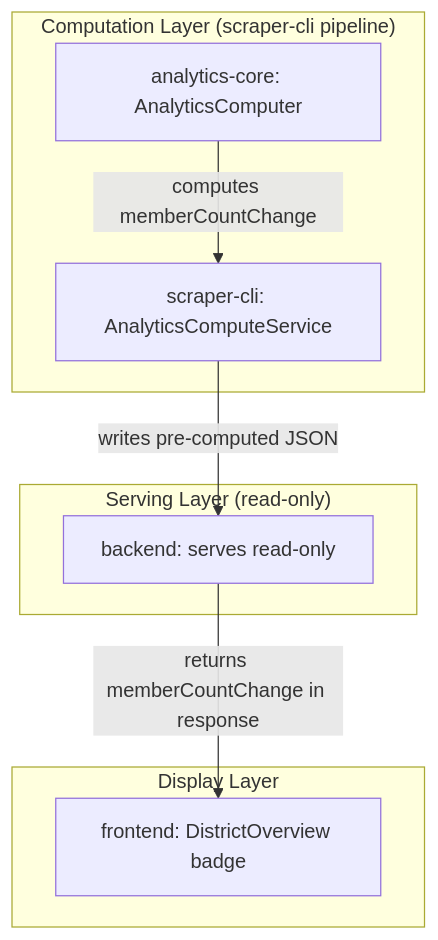
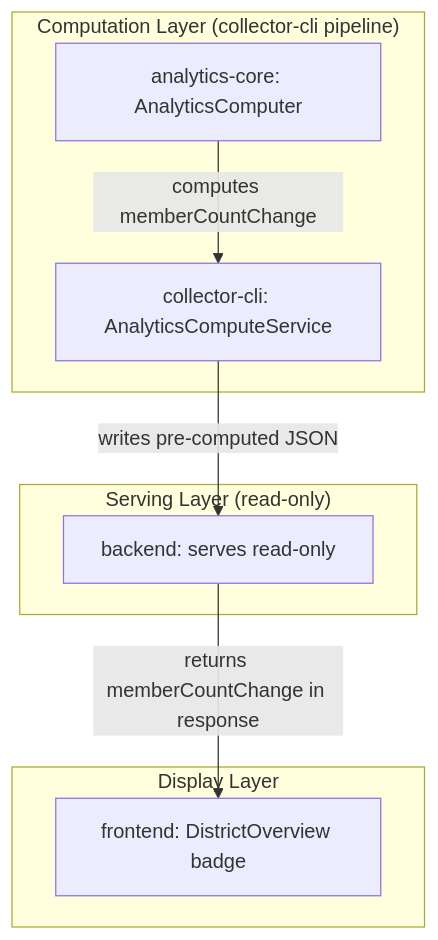
Before and after one commit to rservant/toast-stats: the diagram in .kiro/specs-archive/membership-payments-change-badge/design.md, drawn with Mermaid. The commit also changed other lines of this file and 267 other files, not shown here.

First line of the commit message:
refactor: rename scraper-cli to collector-cli across the codebase (#99)

````diff
--- a/.kiro/specs-archive/membership-payments-change-badge/design.md
+++ b/.kiro/specs-archive/membership-payments-change-badge/design.md
@@ -17,19 +17,19 @@
 ```mermaid
 flowchart TD
-    A[analytics-core: AnalyticsComputer] -->|computes memberCountChange| B[scraper-cli: AnalyticsComputeService]
+    A[analytics-core: AnalyticsComputer] -->|computes memberCountChange| B[collector-cli: AnalyticsComputeService]
     B -->|writes pre-computed JSON| C[backend: serves read-only]
     C -->|returns memberCountChange in response| D[frontend: DistrictOverview badge]
 
-    subgraph "Computation Layer (scraper-cli pipeline)"
+    subgraph "Computation Layer (collector-cli pipeline)"
         A
         B
     end
 
     subgraph "Serving Layer (read-only)"
         C
     end
 
     subgraph "Display Layer"
         D
     end
 ```
````
